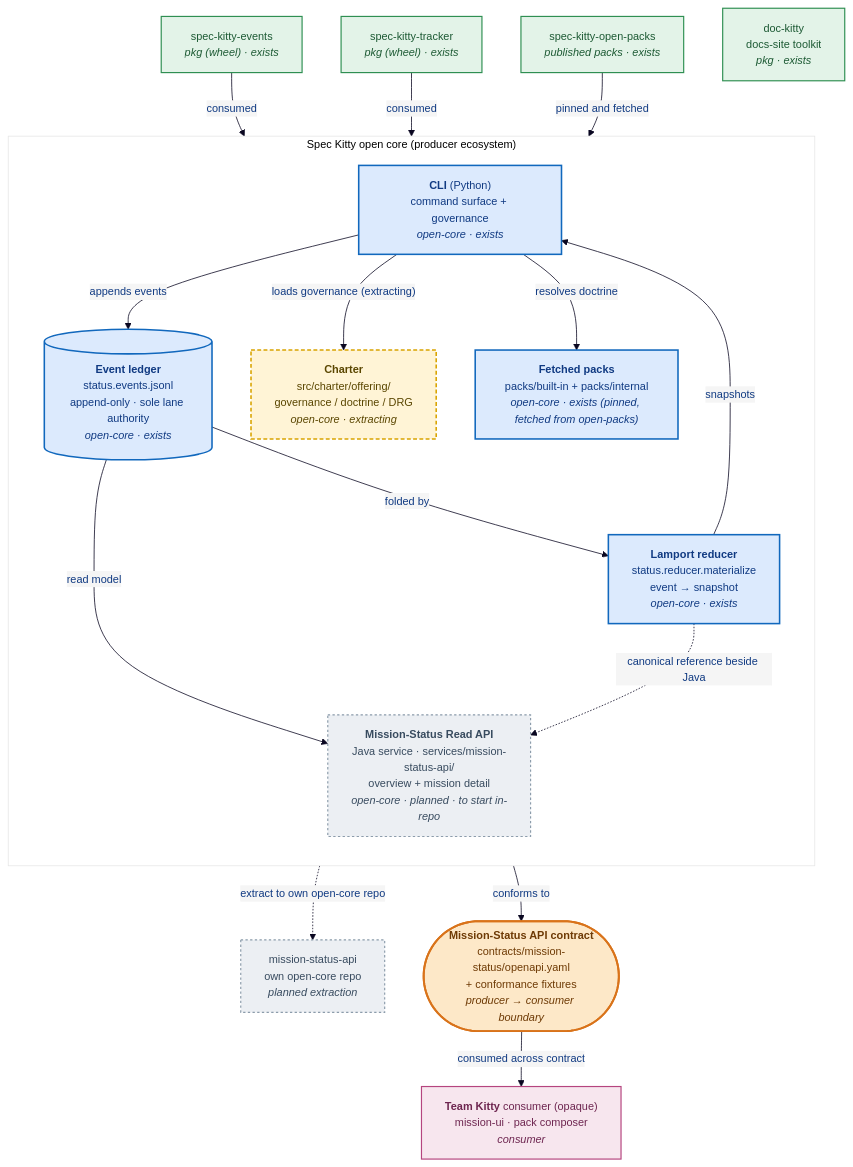
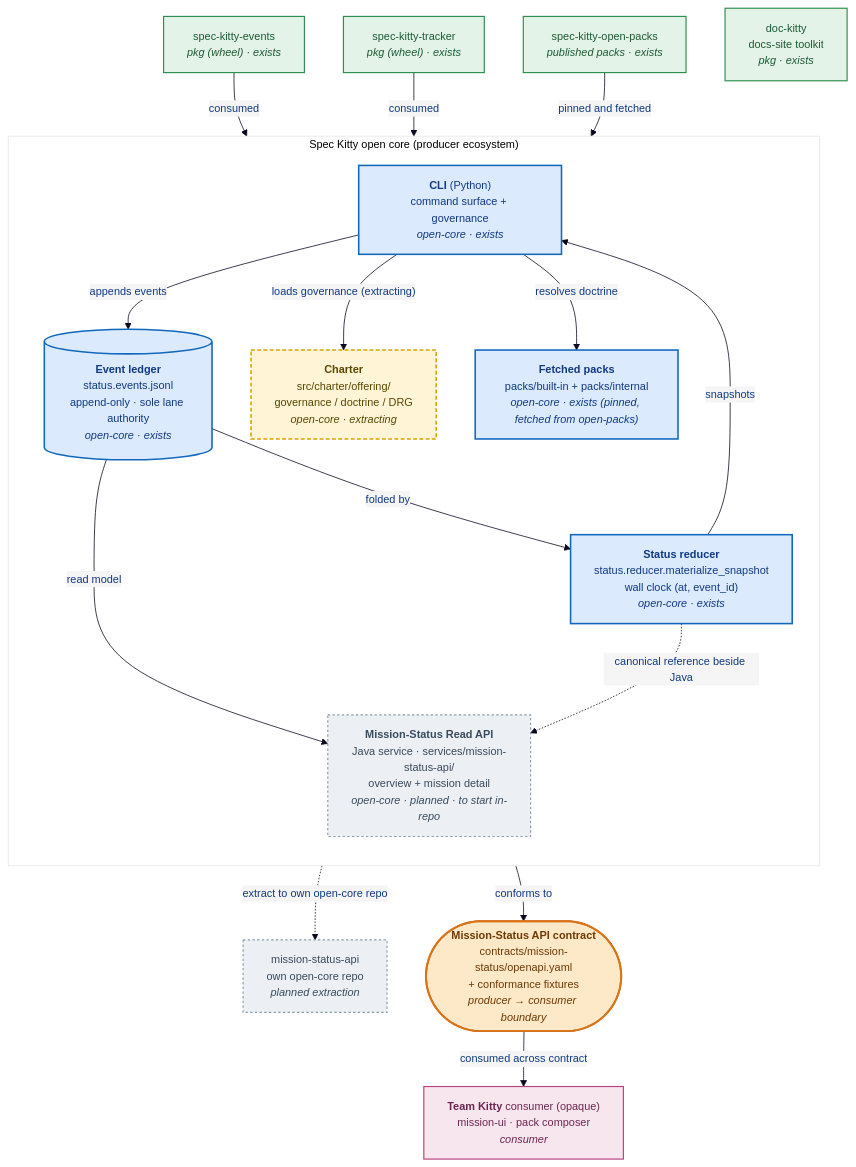
The third of 3 diagrams in docs/architecture/diagrams/02_containers/README.md (spec-kitty/spec-kitty), drawn with Mermaid before and after one commit. The commit also changed other lines of this file and 5 other files, not shown here.

First line of the commit message:
docs: state the wall-clock status ordering on the living surfaces (#6604)

````diff
--- a/docs/architecture/diagrams/02_containers/README.md
+++ b/docs/architecture/diagrams/02_containers/README.md
@@ -271,52 +272,52 @@
 ```mermaid
 %%{init: {'theme':'base','themeVariables': {
   'fontFamily': 'Trebuchet MS, Verdana, Arial, sans-serif',
   'fontSize': '14px',
   'primaryColor': '#f5f5f5',
   'primaryTextColor': '#103a82',
   'primaryBorderColor': '#1c75cc',
   'lineColor': '#0a0721'
 }}}%%
 flowchart TB
     subgraph OpenCore["Spec Kitty open core (producer ecosystem)"]
       direction TB
       cli["<b>CLI</b> (Python)<br/>command surface + governance<br/><i>open-core · exists</i>"]
       ledger[("<b>Event ledger</b><br/>status.events.jsonl<br/>append-only · sole lane authority<br/><i>open-core · exists</i>")]
-      reducer["<b>Lamport reducer</b><br/>status.reducer.materialize<br/>event → snapshot<br/><i>open-core · exists</i>"]
+      reducer["<b>Status reducer</b><br/>status.reducer.materialize_snapshot<br/>wall clock (at, event_id)<br/><i>open-core · exists</i>"]
       statusapi["<b>Mission-Status Read API</b><br/>Java service · services/mission-status-api/<br/>overview + mission detail<br/><i>open-core · planned · to start in-repo</i>"]
       charter["<b>Charter</b><br/>src/charter/offering/<br/>governance / doctrine / DRG<br/><i>open-core · extracting</i>"]
       packsrc["<b>Fetched packs</b><br/>packs/built-in + packs/internal<br/><i>open-core · exists (pinned, fetched from open-packs)</i>"]
     end
     events["spec-kitty-events<br/><i>pkg (wheel) · exists</i>"]
     tracker["spec-kitty-tracker<br/><i>pkg (wheel) · exists</i>"]
     openpacks["spec-kitty-open-packs<br/><i>published packs · exists</i>"]
     dockitty["doc-kitty<br/>docs-site toolkit<br/><i>pkg · exists</i>"]
     apiRepoFuture["mission-status-api<br/>own open-core repo<br/><i>planned extraction</i>"]
     seam(["<b>Mission-Status API contract</b><br/>contracts/mission-status/openapi.yaml<br/>+ conformance fixtures<br/><i>producer → consumer boundary</i>"])
     teamkitty["<b>Team Kitty</b> consumer (opaque)<br/>mission-ui · pack composer<br/><i>consumer</i>"]
     cli -->|appends events| ledger
     ledger -->|folded by| reducer
     reducer -->|snapshots| cli
     ledger -->|read model| statusapi
     reducer -. canonical reference beside Java .-> statusapi
     cli -->|"loads governance (extracting)"| charter
     cli -->|resolves doctrine| packsrc
     events -->|consumed| cli
     tracker -->|consumed| cli
     openpacks -->|pinned and fetched| packsrc
     statusapi -->|conforms to| seam
     statusapi -. extract to own open-core repo .-> apiRepoFuture
     seam -->|consumed across contract| teamkitty
     classDef coreProducer fill:#dceafd,stroke:#1168bd,color:#103a82,stroke-width:2px;
     classDef extracting fill:#fff4d6,stroke:#d9a400,color:#5a4600,stroke-width:2px,stroke-dasharray:5 3;
     classDef planned fill:#eceff3,stroke:#8c9cab,color:#384b5f,stroke-width:1.5px,stroke-dasharray:3 3;
     classDef pkg fill:#e3f3e8,stroke:#2f8f52,color:#1d5a34,stroke-width:1.5px;
     classDef seam fill:#fde8c8,stroke:#d9731a,color:#6e3a05,stroke-width:2.5px;
     classDef consumer fill:#f7e6ee,stroke:#b5457f,color:#6e2650,stroke-width:1.5px;
     class cli,ledger,reducer,packsrc coreProducer;
     class statusapi,apiRepoFuture planned;
     class charter extracting;
     class events,tracker,openpacks,dockitty pkg;
     class seam seam;
     class teamkitty consumer;
 ```
````
